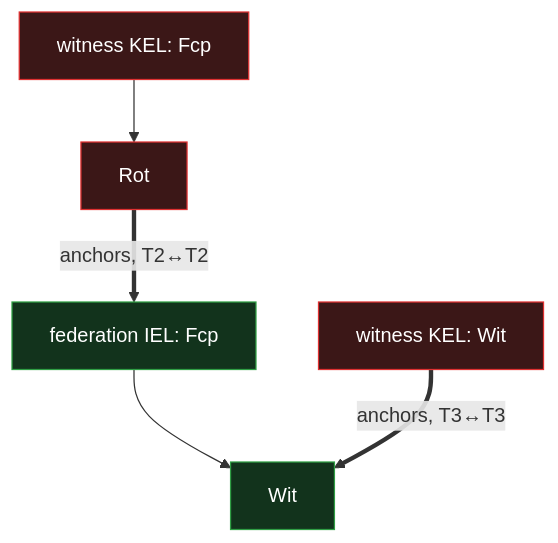
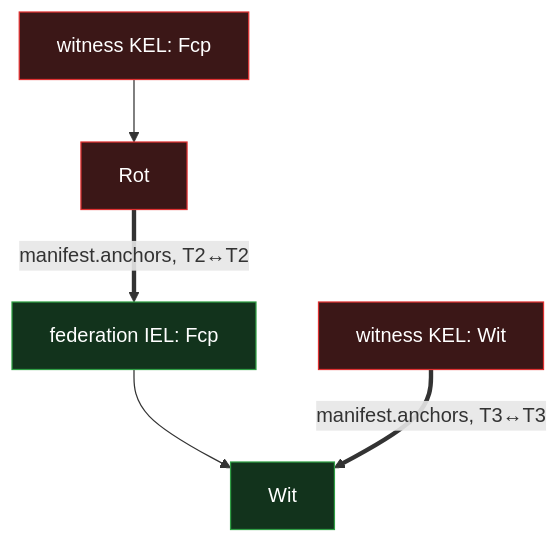
Before and after one commit to jasoncolburne/vdti: the first of 2 diagrams in docs/design/federation/bootstrap.md, drawn with Mermaid. The commit also changed other lines of this file and 5 other files, not shown here.

````diff
--- a/docs/design/federation/bootstrap.md
+++ b/docs/design/federation/bootstrap.md
@@ -17,10 +17,10 @@
 ```mermaid
 flowchart TB
   wFcp["witness KEL: Fcp"]:::kel --> wRot["Rot"]:::kel
   wWit["witness KEL: Wit"]:::kel
   fFcp["federation IEL: Fcp"]:::iel --> fWit["Wit"]:::iel
-  wRot ==>|anchors, T2↔T2| fFcp
-  wWit ==>|anchors, T3↔T3| fWit
+  wRot ==>|manifest.anchors, T2↔T2| fFcp
+  wWit ==>|manifest.anchors, T3↔T3| fWit
   classDef kel fill:#3b1717,stroke:#e03131,color:#fff
   classDef iel fill:#12331c,stroke:#2f9e44,color:#fff
 ```
````
